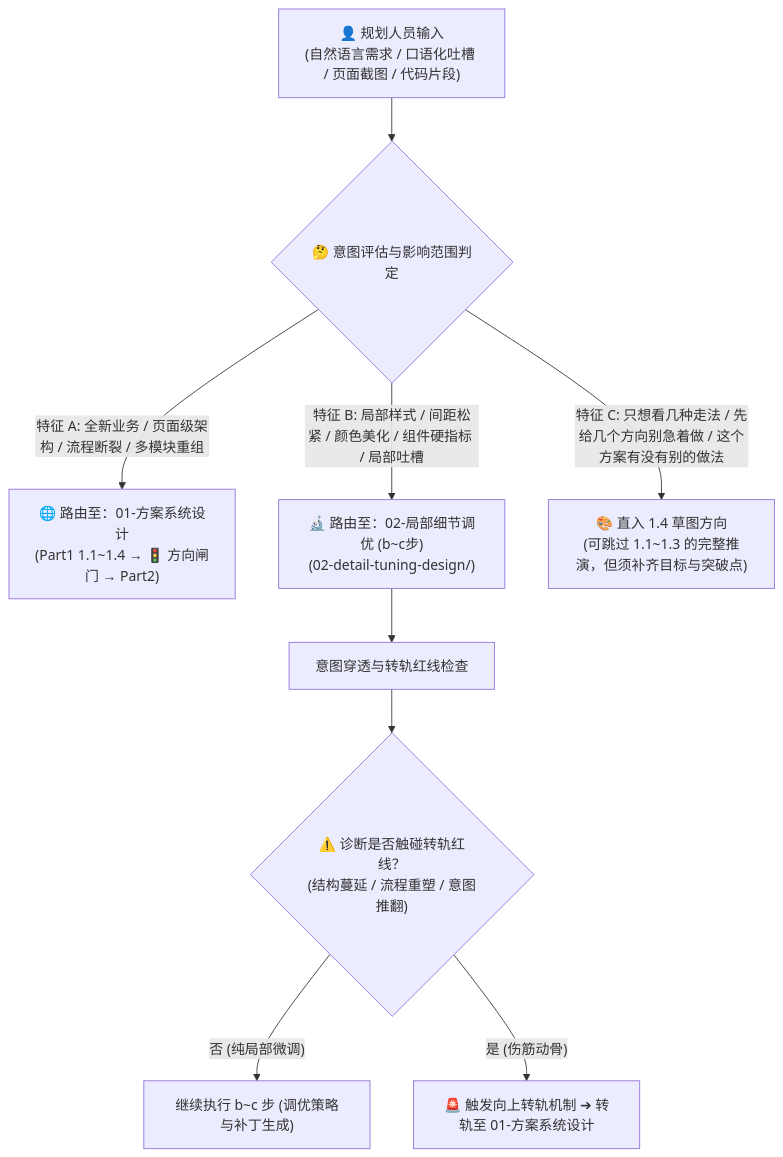
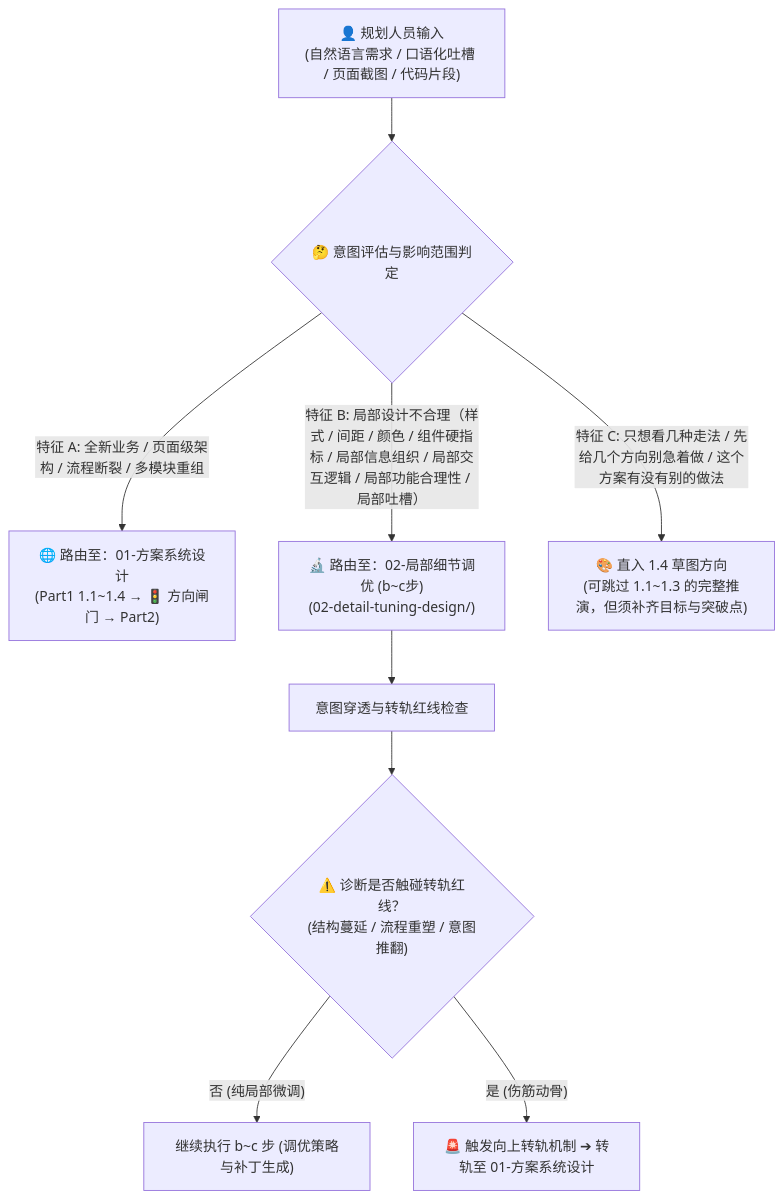
Before and after one commit to wangjue2026/skill-designer-prism: the diagram in 00-triage-and-routing/triage-rules.md, drawn with Mermaid. The commit also changed other lines of this file and 7 other files, not shown here.

Commit message:
feat(detail-tuning): 引入阶段 1.5 决策域判定与经验校准

````diff
--- a/00-triage-and-routing/triage-rules.md
+++ b/00-triage-and-routing/triage-rules.md
@@ -11,14 +11,14 @@
 ```mermaid
 graph TD
     Input["👤 规划人员输入<br>(自然语言需求 / 口语化吐槽 / 页面截图 / 代码片段)"] --> Eval{"🤔 意图评估与影响范围判定"}
     
     Eval -->|"特征 A: 全新业务 / 页面级架构 / 流程断裂 / 多模块重组"| Track1["🌐 路由至：01-方案系统设计<br>(Part1 1.1~1.4 → 🚦 方向闸门 → Part2)"]
-    Eval -->|"特征 B: 局部样式 / 间距松紧 / 颜色美化 / 组件硬指标 / 局部吐槽"| Track2["🔬 路由至：02-局部细节调优 (b~c步)<br>(02-detail-tuning-design/)"]
+    Eval -->|"特征 B: 局部设计不合理（样式 / 间距 / 颜色 / 组件硬指标 / 局部信息组织 / 局部交互逻辑 / 局部功能合理性 / 局部吐槽）"| Track2["🔬 路由至：02-局部细节调优 (b~c步)<br>(02-detail-tuning-design/)"]
     Eval -->|"特征 C: 只想看几种走法 / 先给几个方向别急着做 / 这个方案有没有别的做法"| Track3["🎨 直入 1.4 草图方向<br>(可跳过 1.1~1.3 的完整推演，但须补齐目标与突破点)"]
     
     Track2 --> StepA["意图穿透与转轨红线检查"]
     StepA --> DeepEval{"⚠️ 诊断是否触碰转轨红线？<br>(结构蔓延 / 流程重塑 / 意图推翻)"}
     
     DeepEval -->|"否 (纯局部微调)"| StepBC["继续执行 b~c 步 (调优策略与补丁生成)"]
     DeepEval -->|"是 (伤筋动骨)"| Escalation["🚨 触发向上转轨机制 ➔ 转轨至 01-方案系统设计"]
 ```
````
